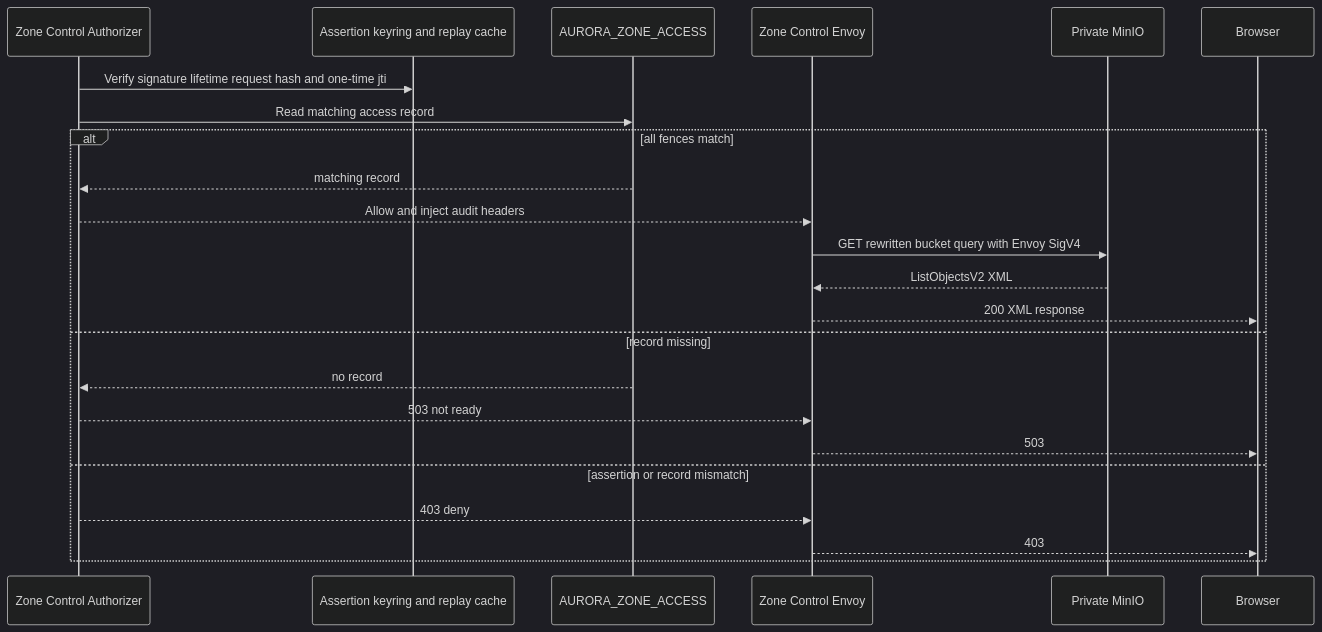
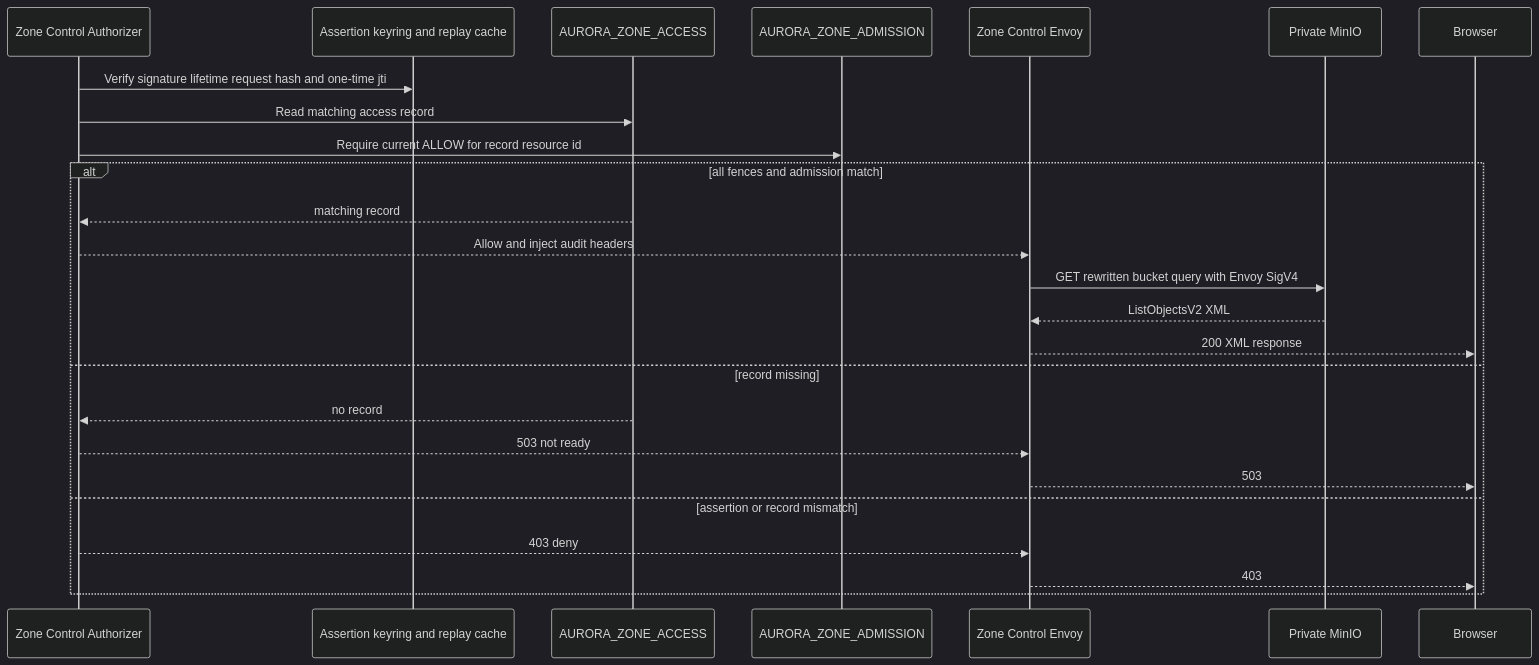
The third of 3 diagrams in god_view/storage/personal_storage_object_list_god_view_workflow.md (phucle996/aurora), drawn with Mermaid (dark theme) before and after one commit. The commit also changed other lines of this file and 131 other files, not shown here.

````diff
--- a/god_view/storage/personal_storage_object_list_god_view_workflow.md
+++ b/god_view/storage/personal_storage_object_list_god_view_workflow.md
@@ -155,26 +152,28 @@
 ```mermaid
 sequenceDiagram
     participant ZA as Zone Control Authorizer
     participant K as Assertion keyring and replay cache
     participant KV as AURORA_ZONE_ACCESS
+    participant AD as AURORA_ZONE_ADMISSION
     participant ZE as Zone Control Envoy
     participant M as Private MinIO
     participant B as Browser
 
     ZA->>K: Verify signature lifetime request hash and one-time jti
     ZA->>KV: Read matching access record
-    alt all fences match
+    ZA->>AD: Require current ALLOW for record resource id
+    alt all fences and admission match
         KV-->>ZA: matching record
         ZA-->>ZE: Allow and inject audit headers
         ZE->>M: GET rewritten bucket query with Envoy SigV4
         M-->>ZE: ListObjectsV2 XML
         ZE-->>B: 200 XML response
     else record missing
         KV-->>ZA: no record
         ZA-->>ZE: 503 not ready
         ZE-->>B: 503
     else assertion or record mismatch
         ZA-->>ZE: 403 deny
         ZE-->>B: 403
     end
 ```
````
